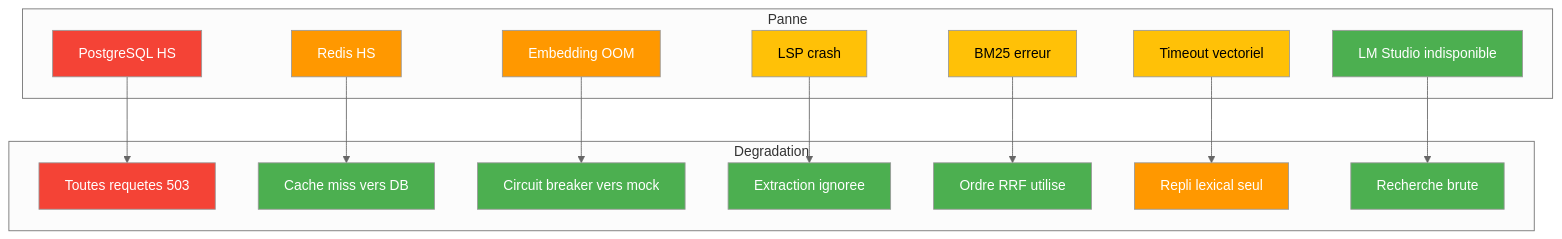
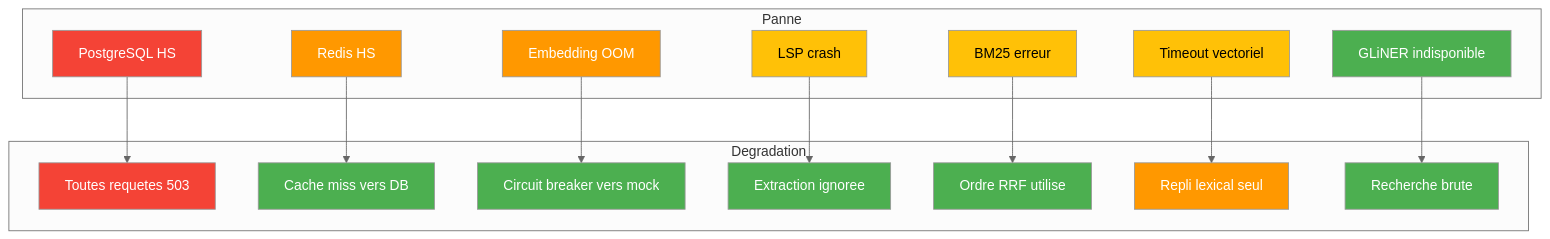
The tenth of 13 diagrams in docs/ARCHITECTURE.md (giak/mnemo-lite), drawn with Mermaid (neutral theme) before and after one commit. The commit also changed other lines of this file and 9 other files, not shown here.

````diff
--- a/docs/ARCHITECTURE.md
+++ b/docs/ARCHITECTURE.md
@@ -501,45 +526,45 @@
 ```mermaid
 flowchart TD
     subgraph "Panne"
         F1[PostgreSQL HS]
         F2[Redis HS]
         F3[Embedding OOM]
         F4[LSP crash]
         F5[BM25 erreur]
         F6[Timeout vectoriel]
-        F7[LM Studio indisponible]
+        F7[GLiNER indisponible]
     end
 
     subgraph "Degradation"
         D1[Toutes requetes 503]
         D2[Cache miss vers DB]
         D3[Circuit breaker vers mock]
         D4[Extraction ignoree]
         D5[Ordre RRF utilise]
         D6[Repli lexical seul]
         D7[Recherche brute]
     end
 
     F1 --> D1
     F2 --> D2
     F3 --> D3
     F4 --> D4
     F5 --> D5
     F6 --> D6
     F7 --> D7
 
     style F1 fill:#F44336,color:#fff
     style F2 fill:#FF9800,color:#fff
     style F3 fill:#FF9800,color:#fff
     style F4 fill:#FFC107,color:#000
     style F5 fill:#FFC107,color:#000
     style F6 fill:#FFC107,color:#000
     style F7 fill:#4CAF50,color:#fff
     style D1 fill:#F44336,color:#fff
     style D2 fill:#4CAF50,color:#fff
     style D3 fill:#4CAF50,color:#fff
     style D4 fill:#4CAF50,color:#fff
     style D5 fill:#4CAF50,color:#fff
     style D6 fill:#FF9800,color:#fff
     style D7 fill:#4CAF50,color:#fff
 ```
````
